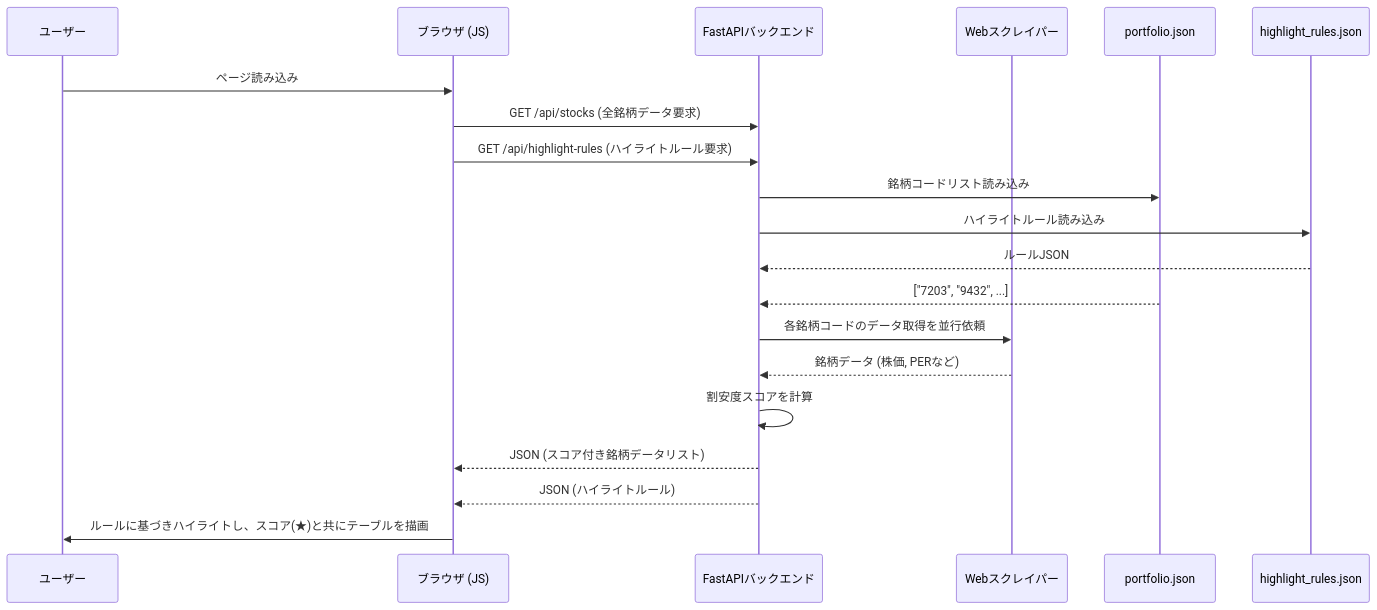
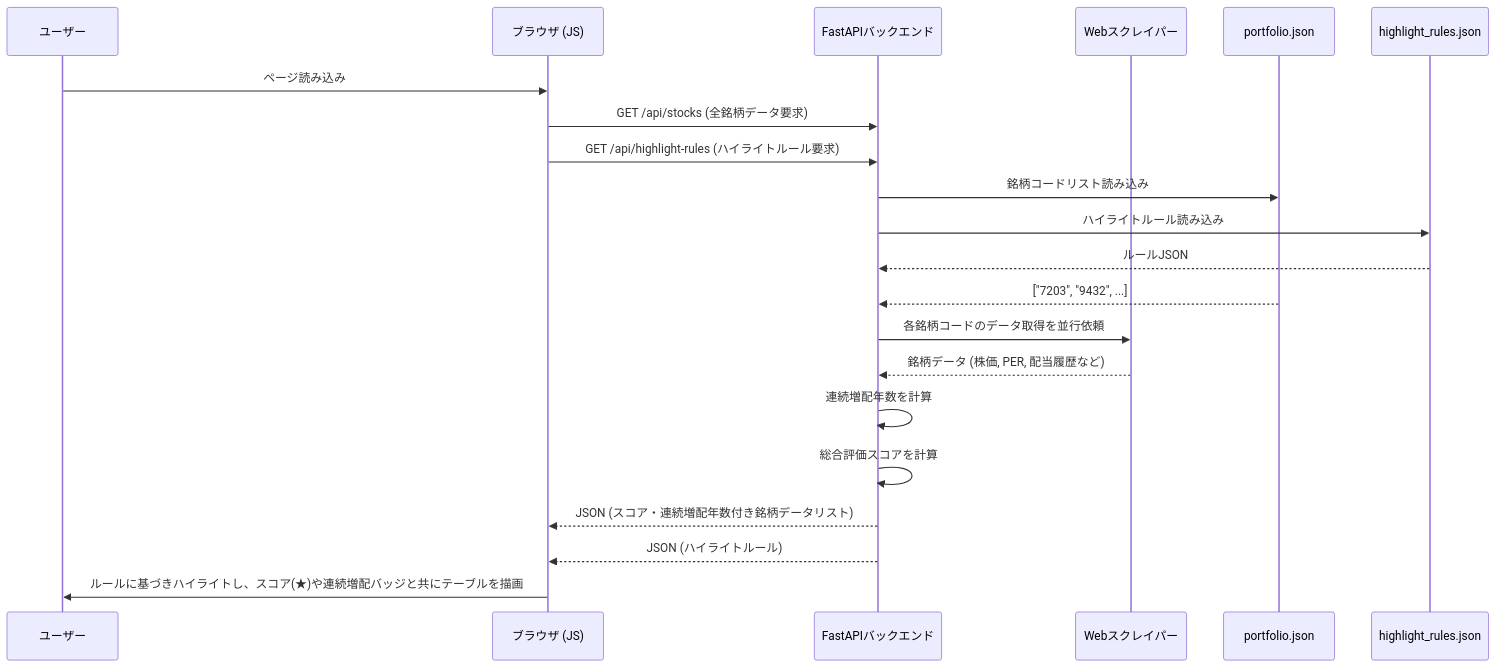
The first of 2 diagrams in README.md (ymkge/jp-stock-portfolio-app), drawn with Mermaid before and after one commit. The commit also changed other lines of this file, not shown here.

````diff
--- a/README.md
+++ b/README.md
@@ -63,27 +69,28 @@
 ```mermaid
 sequenceDiagram
     participant User as ユーザー
     participant Browser as ブラウザ (JS)
     participant API as FastAPIバックエンド
     participant Scraper as Webスクレイパー
     participant Portfolio as portfolio.json
     participant Rules as highlight_rules.json
 
     User->>Browser: ページ読み込み
     Browser->>API: GET /api/stocks (全銘柄データ要求)
     Browser->>API: GET /api/highlight-rules (ハイライトルール要求)
     
     API->>Portfolio: 銘柄コードリスト読み込み
     API->>Rules: ハイライトルール読み込み
     Rules-->>API: ルールJSON
     Portfolio-->>API: ["7203", "9432", ...]
     
     API->>Scraper: 各銘柄コードのデータ取得を並行依頼
-    Scraper-->>API: 銘柄データ (株価, PERなど)
+    Scraper-->>API: 銘柄データ (株価, PER, 配当履歴など)
     
-    API->>API: 割安度スコアを計算
-    API-->>Browser: JSON (スコア付き銘柄データリスト)
+    API->>API: 連続増配年数を計算
+    API->>API: 総合評価スコアを計算
+    API-->>Browser: JSON (スコア・連続増配年数付き銘柄データリスト)
     API-->>Browser: JSON (ハイライトルール)
     
-    Browser->>User: ルールに基づきハイライトし、スコア(★)と共にテーブルを描画
+    Browser->>User: ルールに基づきハイライトし、スコア(★)や連続増配バッジと共にテーブルを描画
 ```
````
